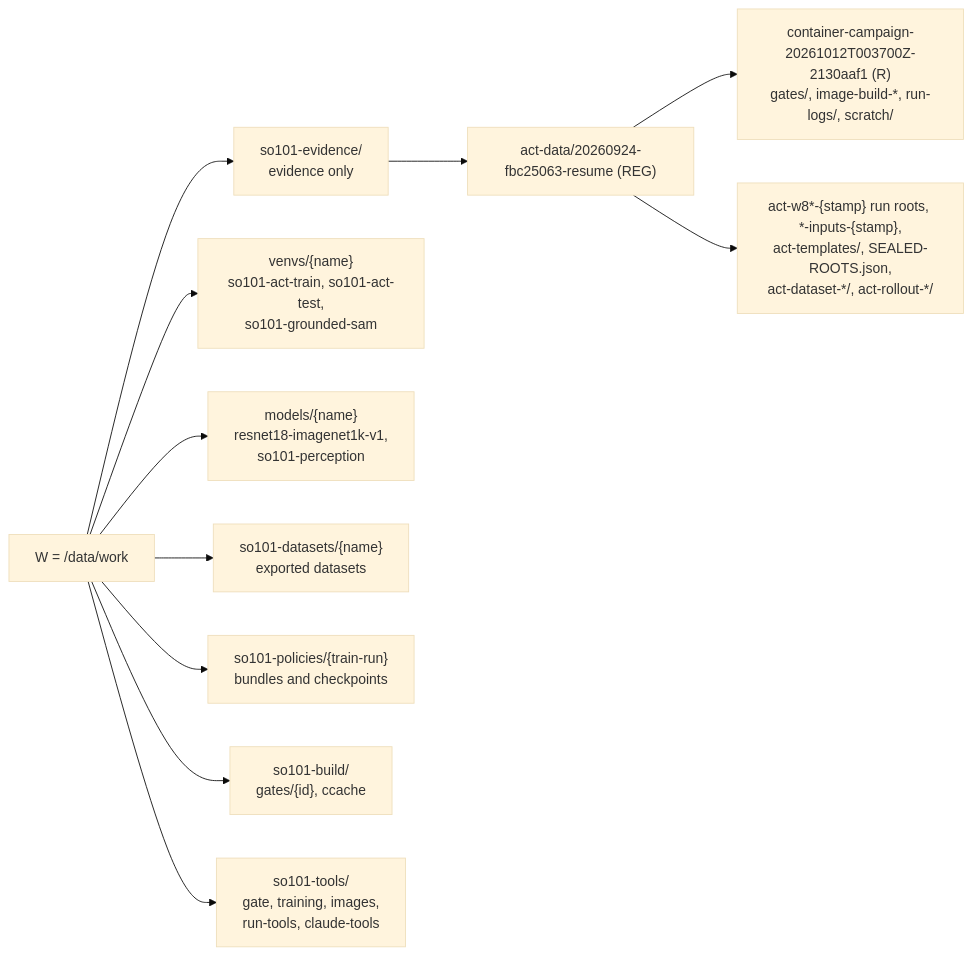
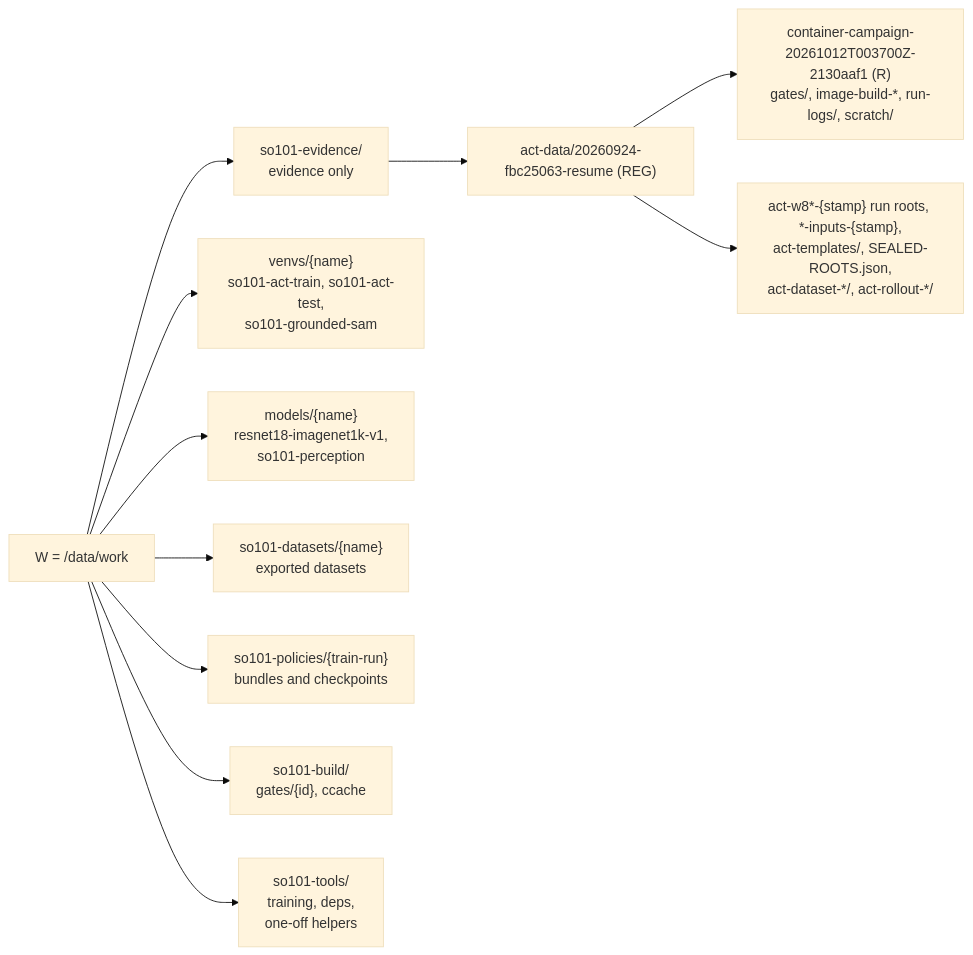
Before and after one commit to terryma2024/ros-moveit-demo: the third of 35 diagrams in docs/guides/so101-act-data-collection-and-training-architecture.md, drawn with Mermaid (base theme). The commit also changed other lines of this file and 2 other files, not shown here.

First line of the commit message:
docs: gate, evidence and image tools live in the repository

````diff
--- a/docs/guides/so101-act-data-collection-and-training-architecture.md
+++ b/docs/guides/so101-act-data-collection-and-training-architecture.md
@@ -115,13 +115,13 @@
 ```mermaid
 flowchart LR
     W["W = /data/work"] --> EVI["so101-evidence/<br/>evidence only"]
     W --> VEN["venvs/{name}<br/>so101-act-train, so101-act-test,<br/>so101-grounded-sam"]
     W --> MOD["models/{name}<br/>resnet18-imagenet1k-v1,<br/>so101-perception"]
     W --> DAT["so101-datasets/{name}<br/>exported datasets"]
     W --> POL["so101-policies/{train-run}<br/>bundles and checkpoints"]
     W --> BLD["so101-build/<br/>gates/{id}, ccache"]
-    W --> TLS["so101-tools/<br/>gate, training, images,<br/>run-tools, claude-tools"]
+    W --> TLS["so101-tools/<br/>training, deps,<br/>one-off helpers"]
     EVI --> REG["act-data/20260924-fbc25063-resume (REG)"]
     REG --> RR["container-campaign-20261012T003700Z-2130aaf1 (R)<br/>gates/, image-build-*, run-logs/, scratch/"]
     REG --> RUNS["act-w8*-{stamp} run roots, *-inputs-{stamp},<br/>act-templates/, SEALED-ROOTS.json,<br/>act-dataset-*/, act-rollout-*/"]
 ```
````
